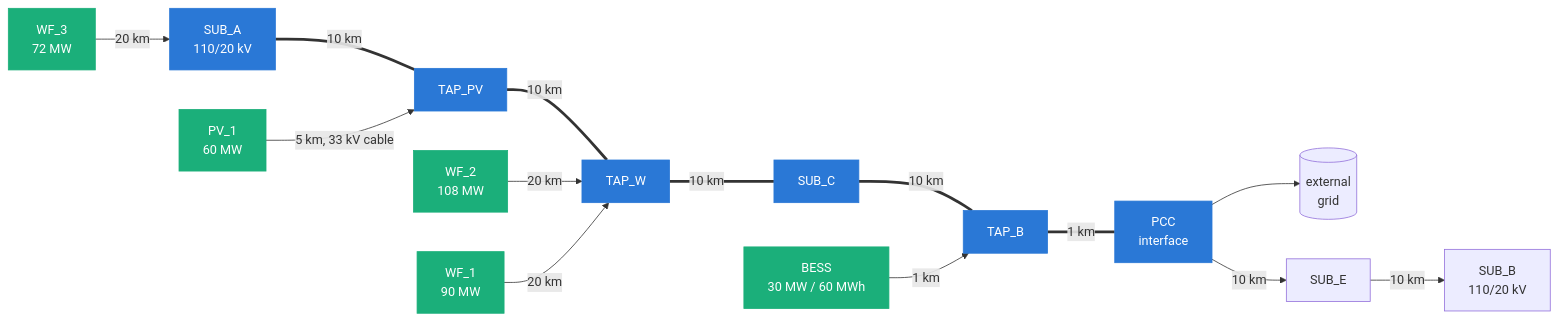
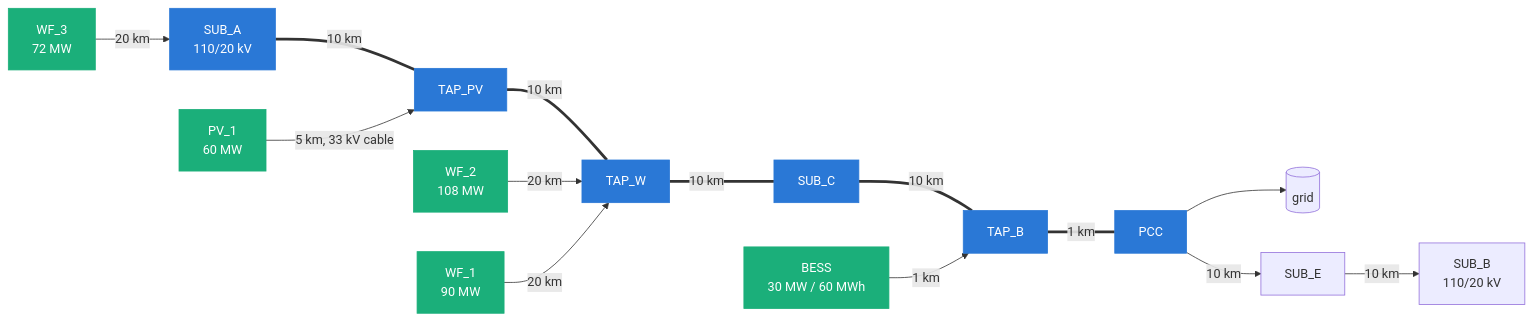
Before and after one commit to tubnguyen/HOSTING-CAPACITY-DLR: the diagram in docs/network.md, drawn with Mermaid. The commit also changed other lines of this file, not shown here.

````diff
--- a/docs/network.md
+++ b/docs/network.md
@@ -7,22 +7,22 @@
 ```mermaid
 graph LR
     WF3[WF_3<br/>72 MW] -->|20 km| SUBA
     SUBA[SUB_A<br/>110/20 kV] ===|10 km| TAPPV[TAP_PV]
     TAPPV ===|10 km| TAPW[TAP_W]
     TAPW ===|10 km| SUBC[SUB_C]
     SUBC ===|10 km| TAPB[TAP_B]
-    TAPB ===|1 km| PCC[PCC<br/>interface]
-    PCC --> GRID[(external<br/>grid)]
+    TAPB ===|1 km| PCC[PCC]
+    PCC --> GRID[(grid)]
     PCC -->|10 km| SUBE[SUB_E]
     SUBE -->|10 km| SUBB[SUB_B<br/>110/20 kV]
 
     PV[PV_1<br/>60 MW] -->|5 km, 33 kV cable| TAPPV
     WF2[WF_2<br/>108 MW] -->|20 km| TAPW
     WF1[WF_1<br/>90 MW] -->|20 km| TAPW
     BESS[BESS<br/>30 MW / 60 MWh] -->|1 km| TAPB
 
     classDef corridor fill:#2a78d6,stroke:#2a78d6,color:#fff
     classDef plant fill:#1baf7a,stroke:#1baf7a,color:#fff
     class SUBA,TAPPV,TAPW,SUBC,TAPB,PCC corridor
     class WF1,WF2,WF3,PV,BESS plant
 ```
````
